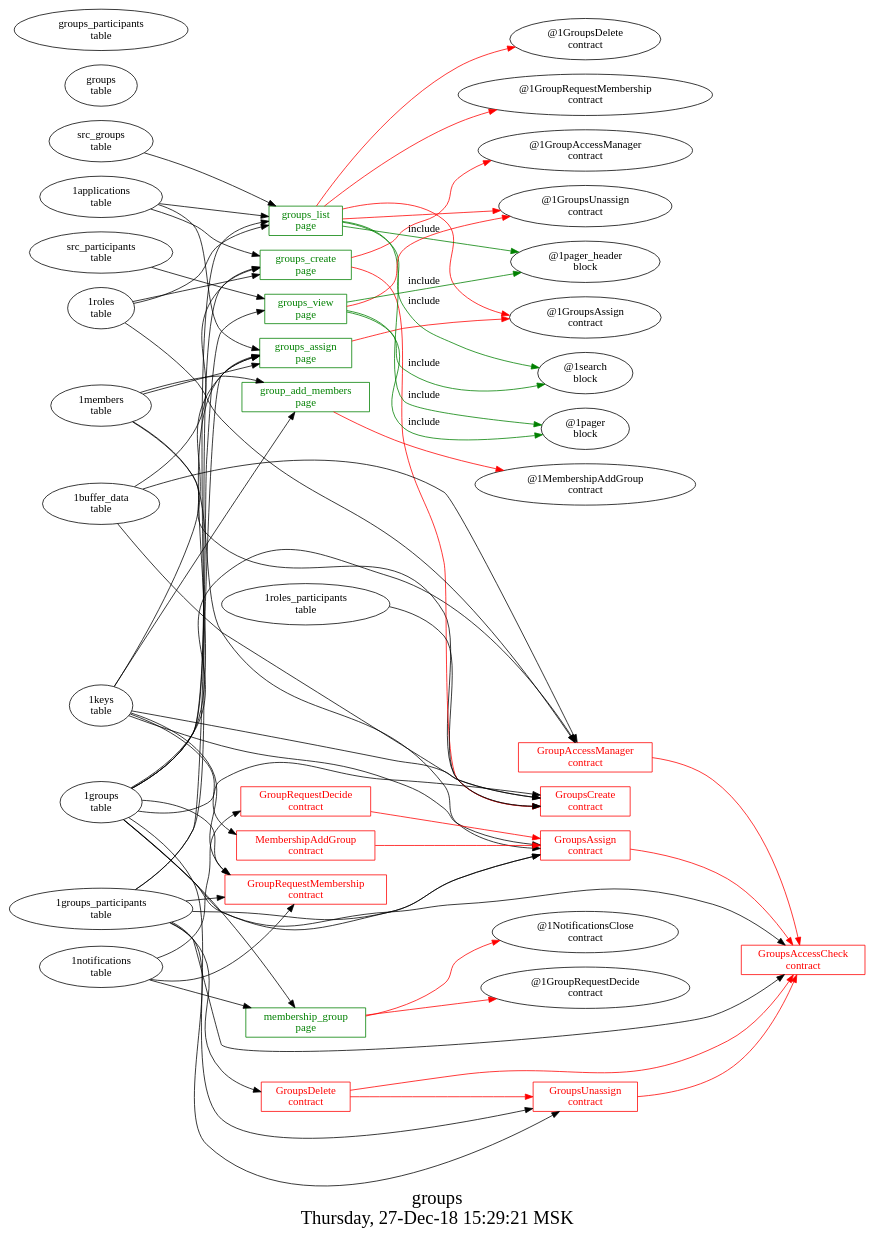
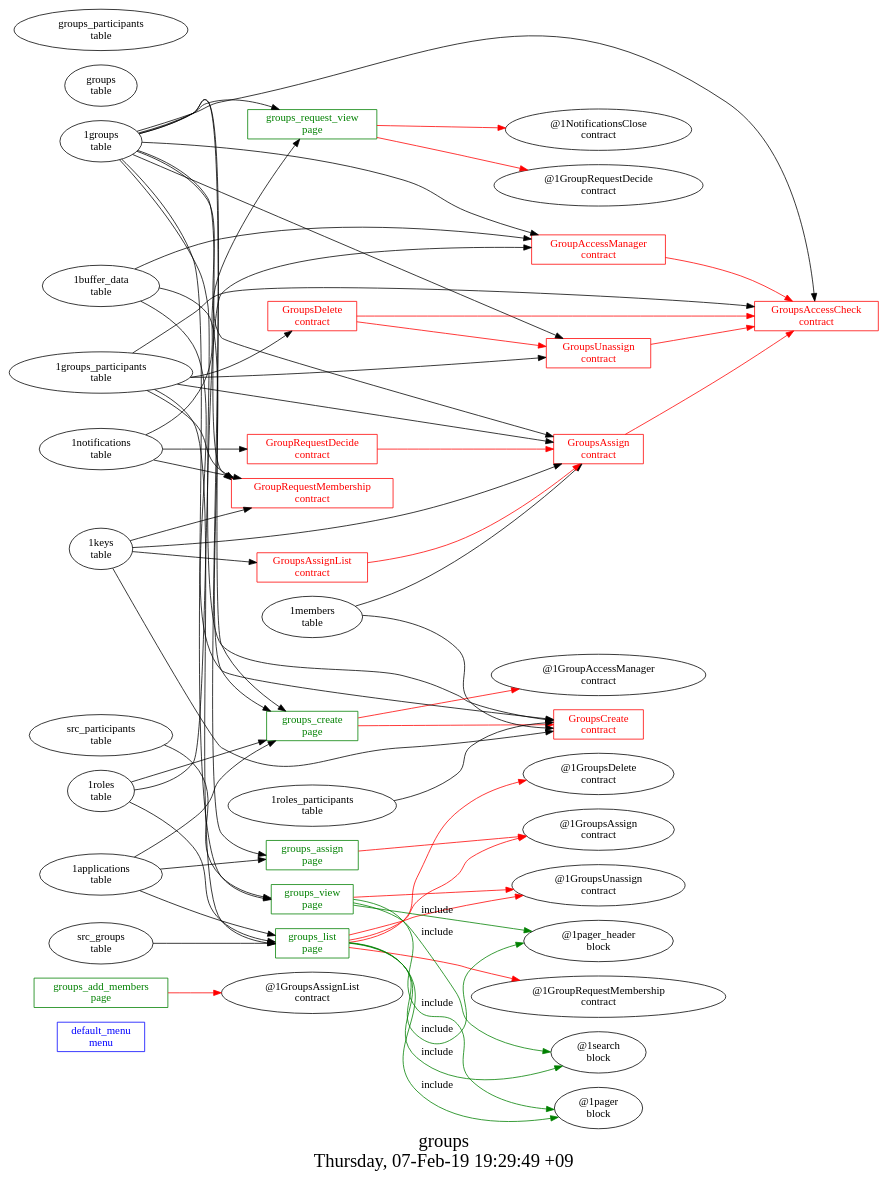
The diagram in src/groups/struct.dot (AplaProject/apps), drawn with Graphviz before and after one commit. The commit also changed 21 other files, not shown here.

```diff
--- a/src/groups/struct.dot
+++ b/src/groups/struct.dot
@@ -1,93 +1,87 @@
 digraph G {
-graph [
-  fontsize="24";
-  label="groups\nThursday, 27-Dec-18 15:29:21 MSK";
-  nojustify=true;
-  ordering=out;
-  rankdir=LR;
-  size="30";
-];
-"group_add_members\npage" -> "@1MembershipAddGroup\ncontract"  [ color=red ]
-"1keys\ntable" -> "group_add_members\npage"
-"1members\ntable" -> "group_add_members\npage"
-"group_add_members\npage" [color=green, fontcolor=green, group=pages, shape=record];
+fontsize="24";
+label="groups\nThursday, 07-Feb-19 19:29:49 +09";
+nojustify=true;
+ordering=out;
+rankdir=LR;
+size="30";
+"default_menu\nmenu" [color=blue, fontcolor=blue, group=menus, shape=record];
+"groups_add_members\npage" -> "@1GroupsAssignList\ncontract"  [ color=red ]
+"groups_add_members\npage" [color=green, fontcolor=green, group=pages, shape=record];
 "groups_assign\npage" -> "@1GroupsAssign\ncontract"  [ color=red ]
 "1applications\ntable" -> "groups_assign\npage"
 "1groups\ntable" -> "groups_assign\npage"
-"1groups_participants\ntable" -> "groups_assign\npage"
-"1keys\ntable" -> "groups_assign\npage"
-"1members\ntable" -> "groups_assign\npage"
 "groups_assign\npage" [color=green, fontcolor=green, group=pages, shape=record];
 "groups_create\npage" -> "@1GroupAccessManager\ncontract"  [ color=red ]
 "groups_create\npage" -> "GroupsCreate\ncontract"  [ color=red ]
 "1applications\ntable" -> "groups_create\npage"
 "1roles\ntable" -> "groups_create\npage"
+"1buffer_data\ntable" -> "groups_create\npage"
 "1groups\ntable" -> "groups_create\npage"
-"1buffer_data\ntable" -> "groups_create\npage"
 "groups_create\npage" [color=green, fontcolor=green, group=pages, shape=record];
 "groups_list\npage" -> "@1GroupsDelete\ncontract"  [ color=red ]
 "groups_list\npage" -> "@1GroupsAssign\ncontract"  [ color=red ]
 "groups_list\npage" -> "@1GroupsUnassign\ncontract"  [ color=red ]
 "groups_list\npage" -> "@1GroupRequestMembership\ncontract"  [ color=red ]
 "1applications\ntable" -> "groups_list\npage"
 "src_groups\ntable" -> "groups_list\npage"
 "1roles\ntable" -> "groups_list\npage"
 "1groups_participants\ntable" -> "groups_list\npage"
 "groups_list\npage" -> "@1pager_header\nblock"  [ color=green, label=include ]
 "groups_list\npage" -> "@1search\nblock"  [ color=green, label=include ]
 "groups_list\npage" -> "@1pager\nblock"  [ color=green, label=include ]
 "groups_list\npage" [color=green, fontcolor=green, group=pages, shape=record];
+"groups_request_view\npage" -> "@1NotificationsClose\ncontract"  [ color=red ]
+"groups_request_view\npage" -> "@1GroupRequestDecide\ncontract"  [ color=red ]
+"1notifications\ntable" -> "groups_request_view\npage"
+"1groups\ntable" -> "groups_request_view\npage"
+"groups_request_view\npage" [color=green, fontcolor=green, group=pages, shape=record];
 "groups_view\npage" -> "@1GroupsUnassign\ncontract"  [ color=red ]
 "1groups\ntable" -> "groups_view\npage"
 "src_participants\ntable" -> "groups_view\npage"
 "groups_view\npage" -> "@1pager_header\nblock"  [ color=green, label=include ]
 "groups_view\npage" -> "@1search\nblock"  [ color=green, label=include ]
 "groups_view\npage" -> "@1pager\nblock"  [ color=green, label=include ]
 "groups_view\npage" [color=green, fontcolor=green, group=pages, shape=record];
-"membership_group\npage" -> "@1NotificationsClose\ncontract"  [ color=red ]
-"membership_group\npage" -> "@1GroupRequestDecide\ncontract"  [ color=red ]
-"1notifications\ntable" -> "membership_group\npage"
-"1groups\ntable" -> "membership_group\npage"
-"membership_group\npage" [color=green, fontcolor=green, group=pages, shape=record];
 "GroupAccessManager\ncontract" -> "GroupsAccessCheck\ncontract"  [ color=red ]
 "1groups\ntable" -> "GroupAccessManager\ncontract"
 "1roles\ntable" -> "GroupAccessManager\ncontract"
 "1buffer_data\ntable" -> "GroupAccessManager\ncontract"
 "GroupAccessManager\ncontract" [color=red, fontcolor=red, group=contracts, shape=record];
 "GroupRequestDecide\ncontract" -> "GroupsAssign\ncontract"  [ color=red ]
 "1notifications\ntable" -> "GroupRequestDecide\ncontract"
 "GroupRequestDecide\ncontract" [color=red, fontcolor=red, group=contracts, shape=record];
 "1groups\ntable" -> "GroupRequestMembership\ncontract"
 "1keys\ntable" -> "GroupRequestMembership\ncontract"
 "1groups_participants\ntable" -> "GroupRequestMembership\ncontract"
 "1notifications\ntable" -> "GroupRequestMembership\ncontract"
 "GroupRequestMembership\ncontract" [color=red, fontcolor=red, group=contracts, shape=record];
 "1groups\ntable" -> "GroupsAccessCheck\ncontract"
 "1groups_participants\ntable" -> "GroupsAccessCheck\ncontract"
 "GroupsAccessCheck\ncontract" [color=red, fontcolor=red, group=contracts, shape=record];
 "GroupsAssign\ncontract" -> "GroupsAccessCheck\ncontract"  [ color=red ]
 "1members\ntable" -> "GroupsAssign\ncontract"
 "1keys\ntable" -> "GroupsAssign\ncontract"
 "1groups\ntable" -> "GroupsAssign\ncontract"
 "1groups_participants\ntable" -> "GroupsAssign\ncontract"
 "GroupsAssign\ncontract" [color=red, fontcolor=red, group=contracts, shape=record];
+"GroupsAssignList\ncontract" -> "GroupsAssign\ncontract"  [ color=red ]
+"1keys\ntable" -> "GroupsAssignList\ncontract"
+"GroupsAssignList\ncontract" [color=red, fontcolor=red, group=contracts, shape=record];
 "1members\ntable" -> "GroupsCreate\ncontract"
 "1keys\ntable" -> "GroupsCreate\ncontract"
 "1roles_participants\ntable" -> "GroupsCreate\ncontract"
 "1groups\ntable" -> "GroupsCreate\ncontract"
 "1buffer_data\ntable" -> "GroupsCreate\ncontract"
 "GroupsCreate\ncontract" [color=red, fontcolor=red, group=contracts, shape=record];
 "GroupsDelete\ncontract" -> "GroupsAccessCheck\ncontract"  [ color=red ]
 "GroupsDelete\ncontract" -> "GroupsUnassign\ncontract"  [ color=red ]
 "1groups_participants\ntable" -> "GroupsDelete\ncontract"
 "GroupsDelete\ncontract" [color=red, fontcolor=red, group=contracts, shape=record];
 "GroupsUnassign\ncontract" -> "GroupsAccessCheck\ncontract"  [ color=red ]
 "1groups_participants\ntable" -> "GroupsUnassign\ncontract"
 "1groups\ntable" -> "GroupsUnassign\ncontract"
 "GroupsUnassign\ncontract" [color=red, fontcolor=red, group=contracts, shape=record];
-"MembershipAddGroup\ncontract" -> "GroupsAssign\ncontract"  [ color=red ]
-"1keys\ntable" -> "MembershipAddGroup\ncontract"
-"MembershipAddGroup\ncontract" [color=red, fontcolor=red, group=contracts, shape=record];
 "groups\ntable" [color="", fontcolor="", group=tables, shape=""];
 "groups_participants\ntable" [color="", fontcolor="", group=tables, shape=""];
 }
```
